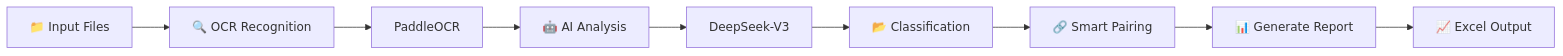
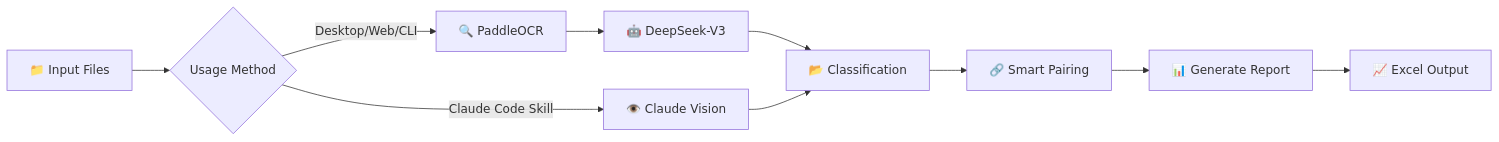
One commit to frankfika/ExpenseReimbursement changed the diagram in README_EN.md. Above: the diagram before and after it, drawn with Mermaid. The commit also changed other lines of this file, not shown here.

Commit message:
docs: sync English README to v2.0.3 with Tauri v2 and Claude Code Skill

````diff
--- a/README_EN.md
+++ b/README_EN.md
@@ -189,11 +261,12 @@
 ```mermaid
 graph LR
-    A[📁 Input Files] --> B[🔍 OCR Recognition]
-    B --> C[PaddleOCR]
-    C --> D[🤖 AI Analysis]
-    D --> E[DeepSeek-V3]
-    E --> F[📂 Classification]
-    F --> G[🔗 Smart Pairing]
+    A[📁 Input Files] --> B{Usage Method}
+    B -->|Desktop/Web/CLI| C[🔍 PaddleOCR]
+    B -->|Claude Code Skill| F[👁️ Claude Vision]
+    C --> D[🤖 DeepSeek-V3]
+    D --> E[📂 Classification]
+    F --> E
+    E --> G[🔗 Smart Pairing]
     G --> H[📊 Generate Report]
     H --> I[📈 Excel Output]
 ```
````
